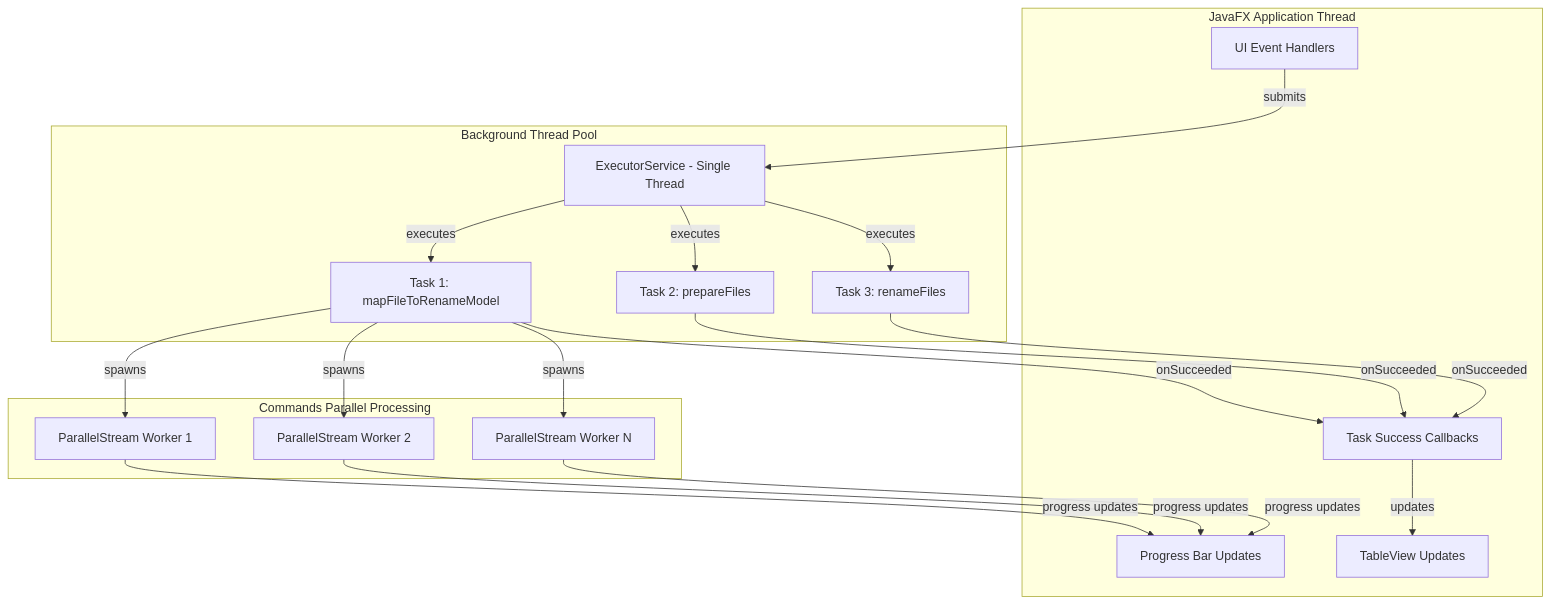
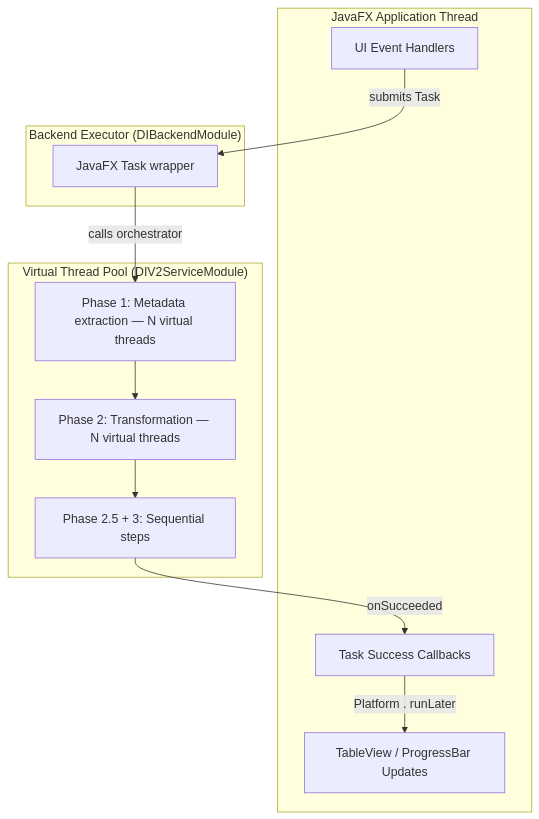
The seventh of 8 diagrams in docs/developers/architecture/ARCHITECTURE.md (sanyokkua/renamer_app), drawn with Mermaid before and after one commit. The commit also changed other lines of this file and 32 other files, not shown here.

````diff
--- a/docs/developers/architecture/ARCHITECTURE.md
+++ b/docs/developers/architecture/ARCHITECTURE.md
@@ -637,37 +301,25 @@
 ```mermaid
 graph TB
     subgraph "JavaFX Application Thread"
         A[UI Event Handlers]
-        B[TableView Updates]
-        C[Progress Bar Updates]
-        D[Task Success Callbacks]
+        B[TableView / ProgressBar Updates]
+        C[Task Success Callbacks]
     end
 
-    subgraph "Background Thread Pool"
-        E[ExecutorService - Single Thread]
-        F[Task 1: mapFileToRenameModel]
-        G[Task 2: prepareFiles]
-        H[Task 3: renameFiles]
+    subgraph "Backend Executor (DIBackendModule)"
+        D[JavaFX Task wrapper]
     end
 
-    subgraph "Commands Parallel Processing"
-        I[ParallelStream Worker 1]
-        J[ParallelStream Worker 2]
-        K[ParallelStream Worker N]
-    end
+subgraph "Virtual Thread Pool (DIV2ServiceModule)"
+E[Phase 1: Metadata extraction — N virtual threads]
+F[Phase 2: Transformation — N virtual threads]
+G[Phase 2.5 + 3: Sequential steps]
+end
 
-    A -->|submits| E
-    E -->|executes| F
-    E -->|executes| G
-    E -->|executes| H
-    F -->|spawns| I
-    F -->|spawns| J
-    F -->|spawns| K
-    I -->|progress updates| C
-    J -->|progress updates| C
-    K -->|progress updates| C
-    F -->|onSucceeded| D
-    G -->|onSucceeded| D
-    H -->|onSucceeded| D
-    D -->|updates| B
+A -->|submits Task|D
+D -->|calls orchestrator|E
+E --> F
+F --> G
+G -->|onSucceeded|C
+C -->|Platform . runLater|B
 ```
````
